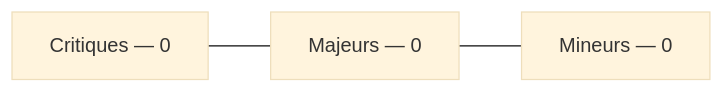
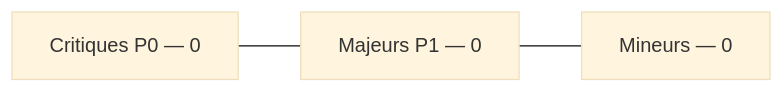
The second of 5 diagrams in docs/runtime/13_BUGS.md (JavaChrist/Tai-Chi-AI-Coach), drawn with Mermaid (base theme) before and after one commit. The commit also changed other lines of this file and 14 other files, not shown here.

````diff
--- a/docs/runtime/13_BUGS.md
+++ b/docs/runtime/13_BUGS.md
@@ -59,5 +92,5 @@
 ```mermaid
 flowchart LR
-  Crit[Critiques — 0] --- Maj[Majeurs — 0]
+  Crit[Critiques P0 — 0] --- Maj[Majeurs P1 — 0]
   Maj --- Min[Mineurs — 0]
 ```
````
